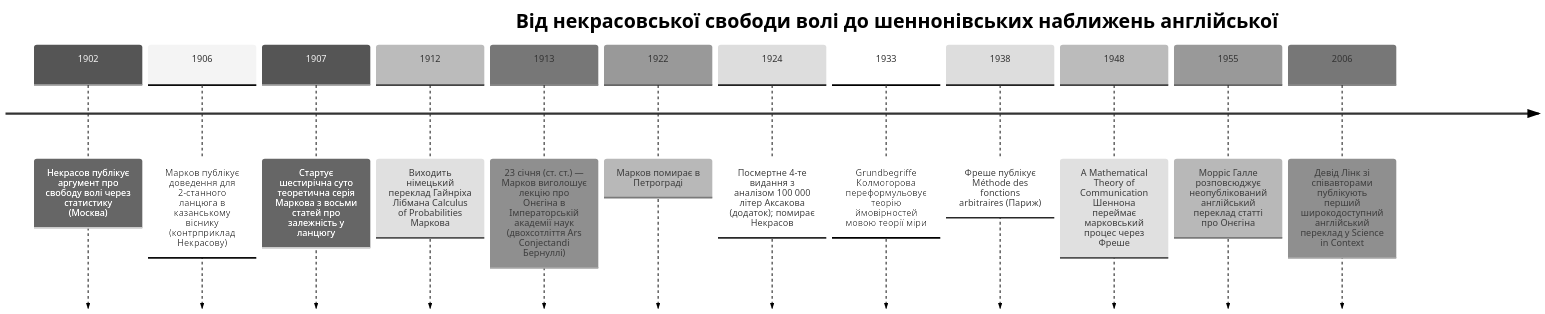
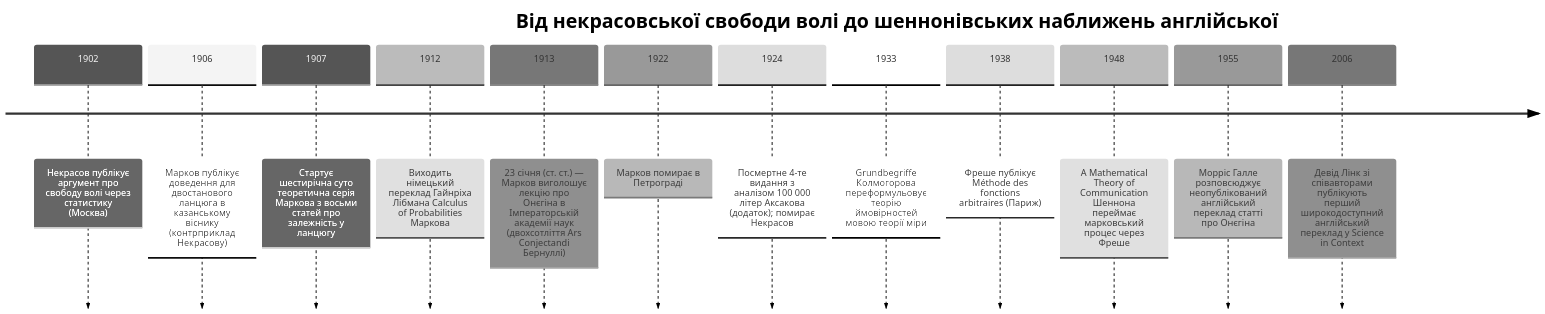
One commit to kube-dojo/kube-dojo changed the diagram in src/content/docs/uk/ai-history/ch-04-the-statistical-roots.md. Above: the diagram before and after it, drawn with Mermaid (neutral theme). The commit also changed other lines of this file, not shown here.

````diff
--- a/src/content/docs/uk/ai-history/ch-04-the-statistical-roots.md
+++ b/src/content/docs/uk/ai-history/ch-04-the-statistical-roots.md
@@ -29,16 +35,16 @@
 ```mermaid
 timeline
     title Від некрасовської свободи волі до шеннонівських наближень англійської
     1902 : Некрасов публікує аргумент про свободу волі через статистику (Москва)
-    1906 : Марков публікує доведення для 2-станного ланцюга в казанському віснику (контрприклад Некрасову)
+    1906 : Марков публікує доведення для двостанового ланцюга в казанському віснику (контрприклад Некрасову)
     1907 : Стартує шестирічна суто теоретична серія Маркова з восьми статей про залежність у ланцюгу
     1912 : Виходить німецький переклад Гайнріха Лібмана Calculus of Probabilities Маркова
     1913 : 23 січня (ст. ст.) — Марков виголошує лекцію про Онєгіна в Імператорській академії наук (двохсотліття Ars Conjectandi Бернуллі)
     1922 : Марков помирає в Петрограді
     1924 : Посмертне 4-те видання з аналізом 100 000 літер Аксакова (додаток); помирає Некрасов
     1933 : Grundbegriffe Колмогорова переформульовує теорію ймовірностей мовою теорії міри
     1938 : Фреше публікує Méthode des fonctions arbitraires (Париж)
     1948 : A Mathematical Theory of Communication Шеннона переймає марковський процес через Фреше
     1955 : Морріс Галле розповсюджує неопублікований англійський переклад статті про Онєгіна
     2006 : Девід Лінк зі співавторами публікують перший широкодоступний англійський переклад у Science in Context
 ```
````
